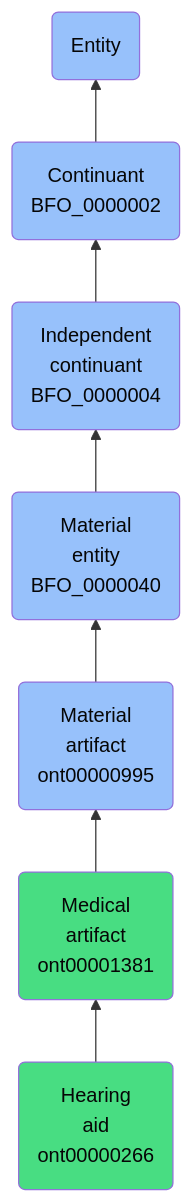
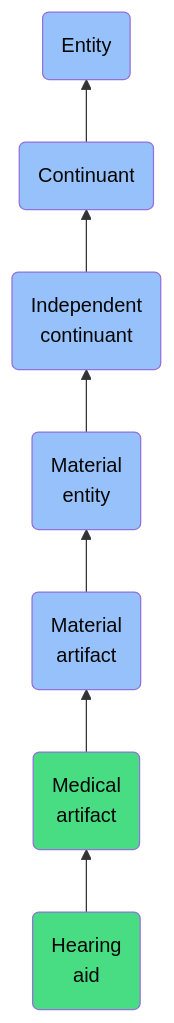
Before and after one commit to jupyter-naas/abi: the diagram in docs/ontology/reference/model/Entity/Continuant/Independent continuant/Material entity/Material artifact/Medical artifact/Hearing aid/Hearing aid.md, drawn with Mermaid. The commit also changed other lines of this file and 1430 other files, not shown here.

````diff
--- a/docs/ontology/reference/model/Entity/Continuant/Independent continuant/Material entity/Material artifact/Medical artifact/Hearing aid/Hearing aid.md
+++ b/docs/ontology/reference/model/Entity/Continuant/Independent continuant/Material entity/Material artifact/Medical artifact/Hearing aid/Hearing aid.md
@@ -24,14 +24,14 @@
 ```mermaid
 graph BT
-    ont00000266(Hearing<br>aid<br>ont00000266):::ABI-->ont00001381
-    ont00001381(Medical<br>artifact<br>ont00001381):::ABI-->ont00000995
-    ont00000995(Material<br>artifact<br>ont00000995):::BFO-->BFO_0000040
-    BFO_0000040(Material<br>entity<br>BFO_0000040):::BFO-->BFO_0000004
-    BFO_0000004(Independent<br>continuant<br>BFO_0000004):::BFO-->BFO_0000002
-    BFO_0000002(Continuant<br>BFO_0000002):::BFO-->BFO_0000001
+    ont00000266(Hearing<br>aid):::ABI-->ont00001381
+    ont00001381(Medical<br>artifact):::ABI-->ont00000995
+    ont00000995(Material<br>artifact):::BFO-->BFO_0000040
+    BFO_0000040(Material<br>entity):::BFO-->BFO_0000004
+    BFO_0000004(Independent<br>continuant):::BFO-->BFO_0000002
+    BFO_0000002(Continuant):::BFO-->BFO_0000001
     BFO_0000001(Entity):::BFO
     
     classDef BFO fill:#97c1fb,color:#060606
     classDef CCO fill:#e4c51e,color:#060606
     classDef ABI fill:#48DD82,color:#060606
 ```
````
